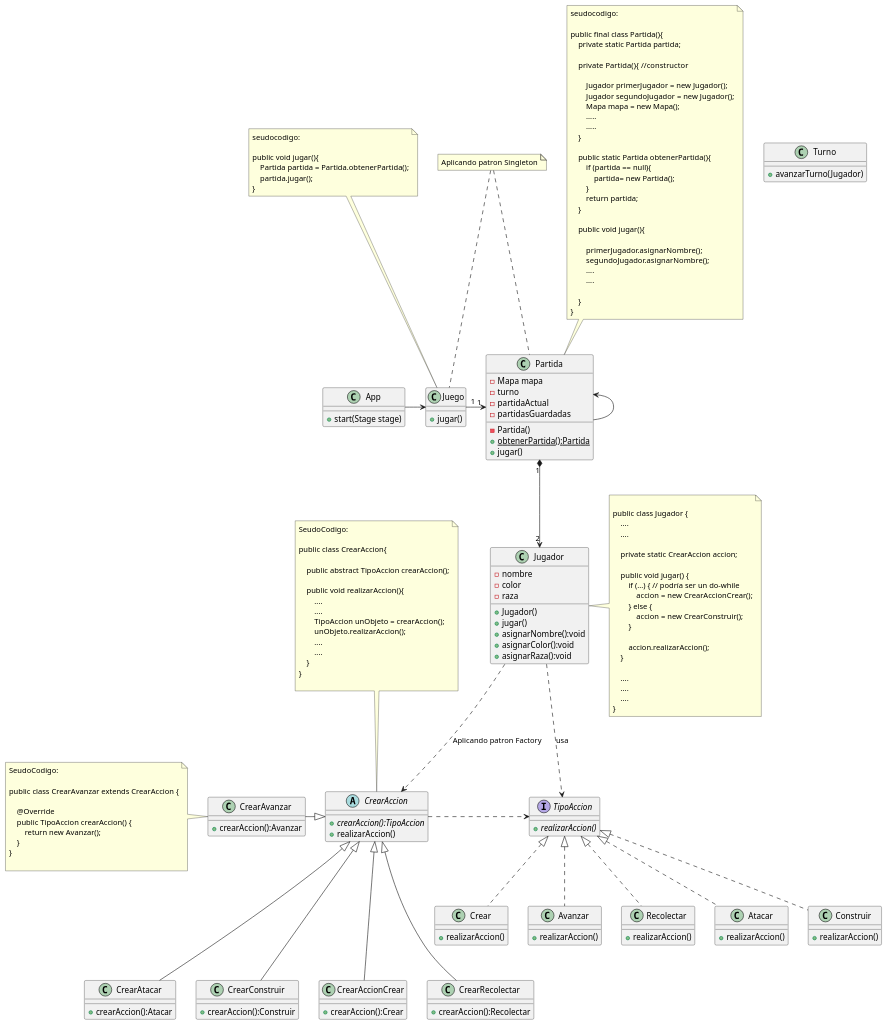
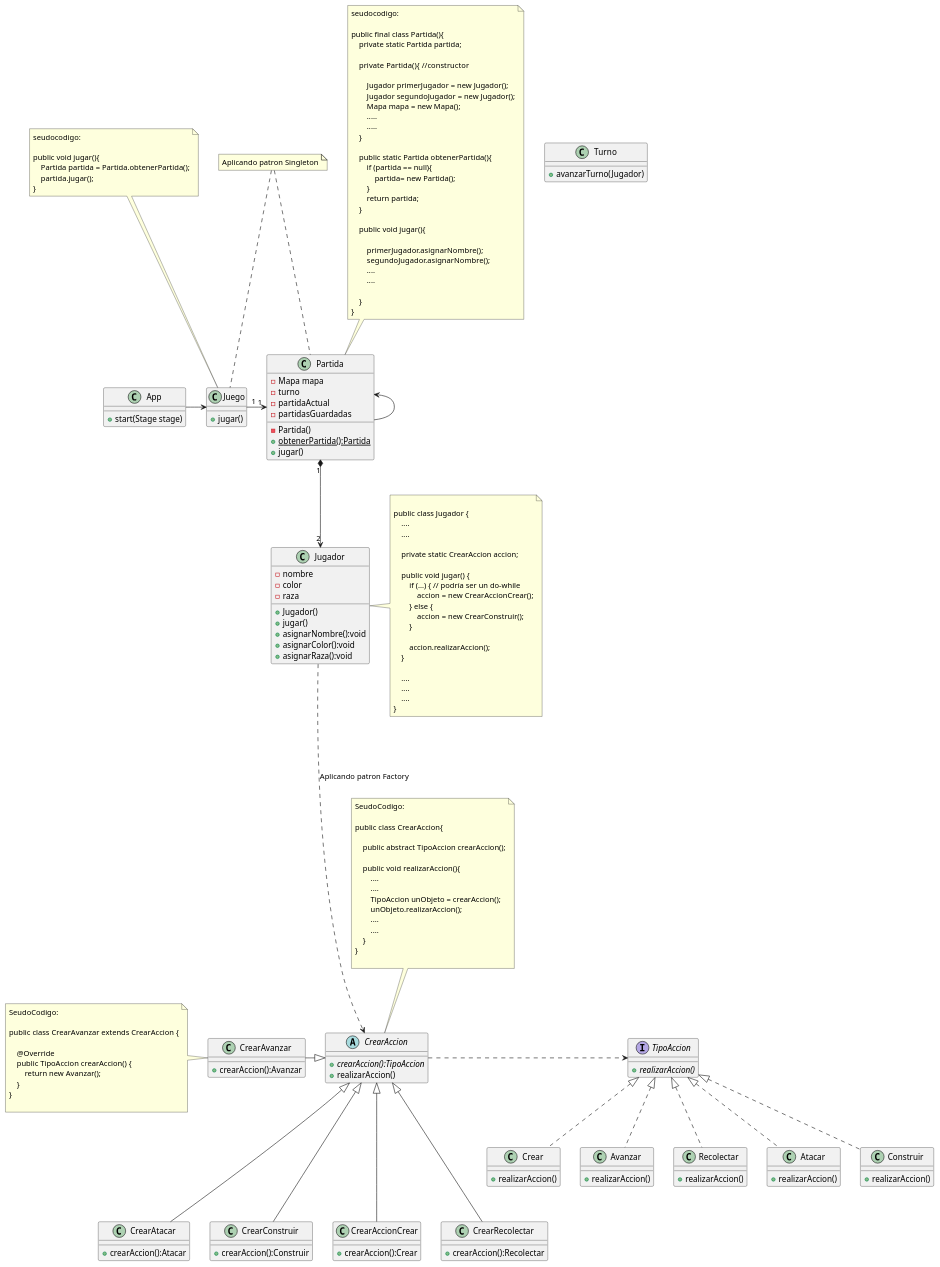
The diagram in diagrams/classes/ModeloVersion3-Partida.puml (GiaWong/Algo3_TP2_2C2022), drawn with PlantUML before and after one commit.

Commit message:
Aplicando patron Strategy a Jugador - Prolijado

```diff
--- a/diagrams/classes/ModeloVersion3-Partida.puml
+++ b/diagrams/classes/ModeloVersion3-Partida.puml
@@ -201,8 +201,7 @@
 CrearAccion <|--- CrearAccionCrear
 
 
-Jugador ..> CrearAccion: Aplicando patron Factory
-Jugador ..> TipoAccion: usa
+Jugador ....> CrearAccion: Aplicando patron Factory
 
 note right of Jugador
 
```
